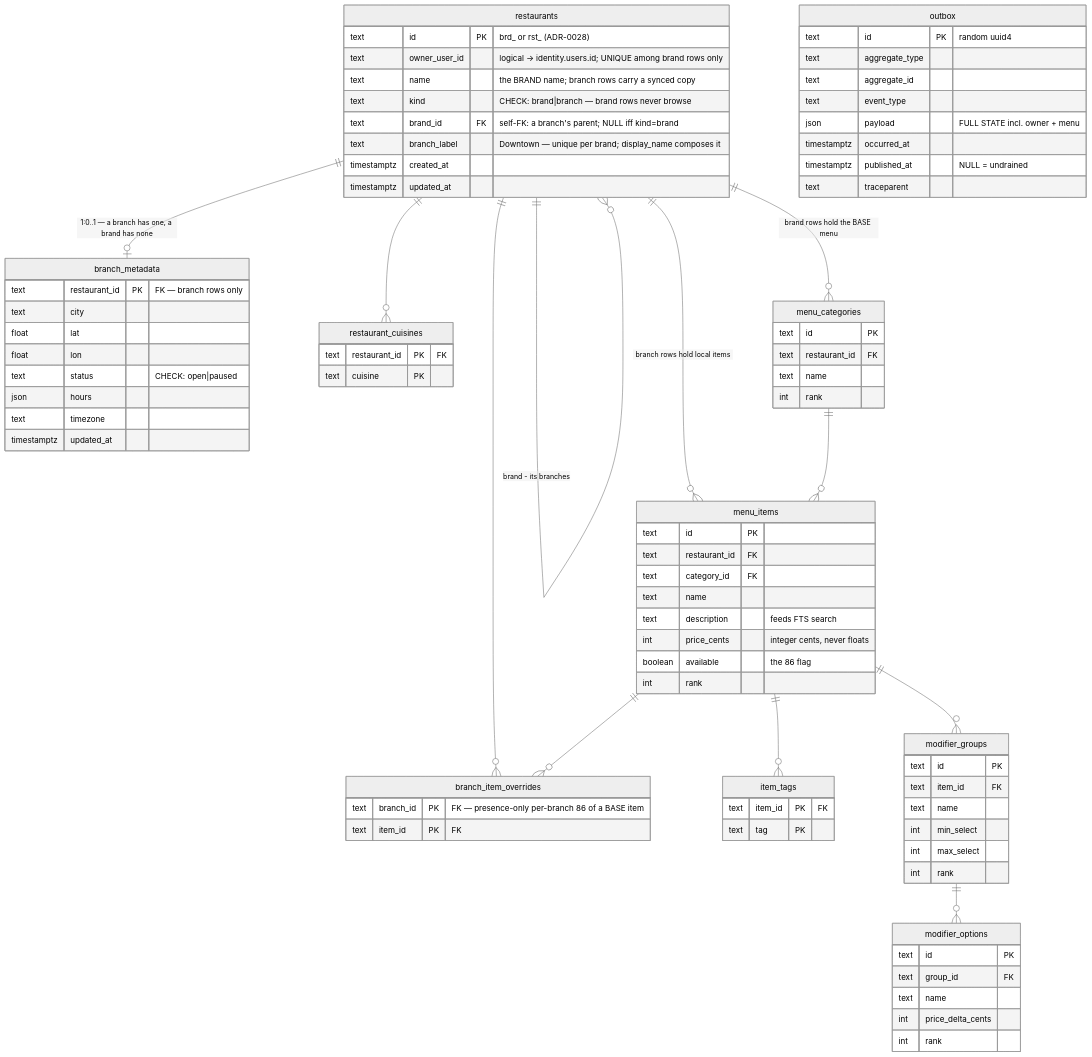
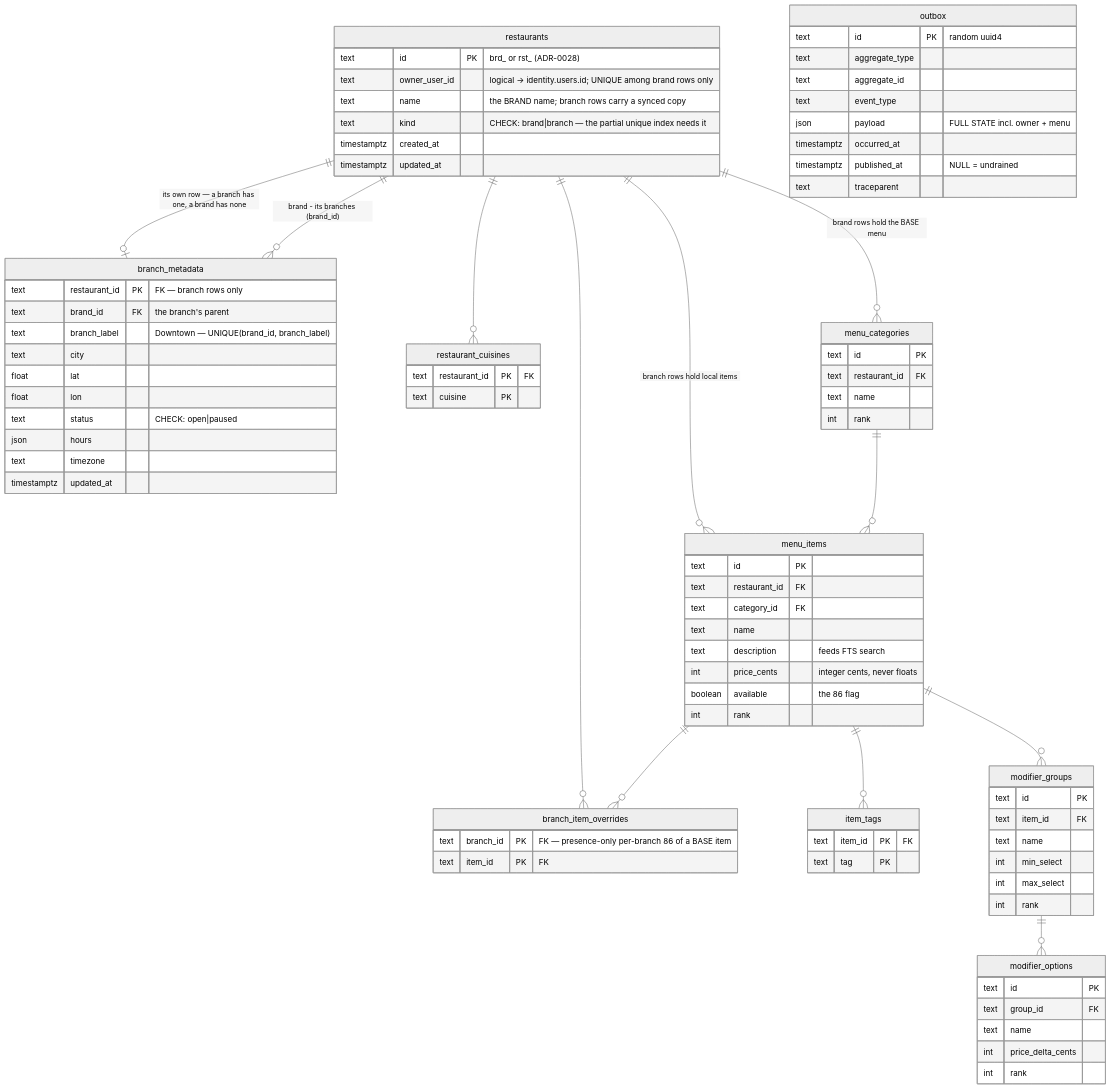
Before and after one commit to Aizazahmed-7/SmartFoodOps: the second of 7 diagrams in docs/erd.md, drawn with Mermaid (neutral theme). The commit also changed other lines of this file, not shown here.

Commit message:
move brand_id and branch_label to metadata

```diff
--- a/docs/erd.md
+++ b/docs/erd.md
@@ -76,14 +76,14 @@
         text id PK "brd_ or rst_ (ADR-0028)"
         text owner_user_id "logical -> identity.users.id; UNIQUE among brand rows only"
         text name "the BRAND name; branch rows carry a synced copy"
-        text kind "CHECK: brand|branch — brand rows never browse"
-        text brand_id FK "self-FK: a branch's parent; NULL iff kind=brand"
-        text branch_label "Downtown — unique per brand; display_name composes it"
+        text kind "CHECK: brand|branch — the partial unique index needs it"
         timestamptz created_at
         timestamptz updated_at
     }
     branch_metadata {
         text restaurant_id PK "FK — branch rows only"
+        text brand_id FK "the branch's parent"
+        text branch_label "Downtown — UNIQUE(brand_id, branch_label)"
         text city
         float lat
         float lon
@@ -145,8 +145,8 @@
         timestamptz published_at "NULL = undrained"
         text traceparent
     }
-    restaurants ||--o{ restaurants : "brand - its branches"
-    restaurants ||--o| branch_metadata : "1:0..1 — a branch has one, a brand has none"
+    restaurants ||--o| branch_metadata : "its own row — a branch has one, a brand has none"
+    restaurants ||--o{ branch_metadata : "brand - its branches (brand_id)"
     restaurants ||--o{ restaurant_cuisines : ""
     restaurants ||--o{ menu_categories : "brand rows hold the BASE menu"
     restaurants ||--o{ menu_items : "branch rows hold local items"
```
